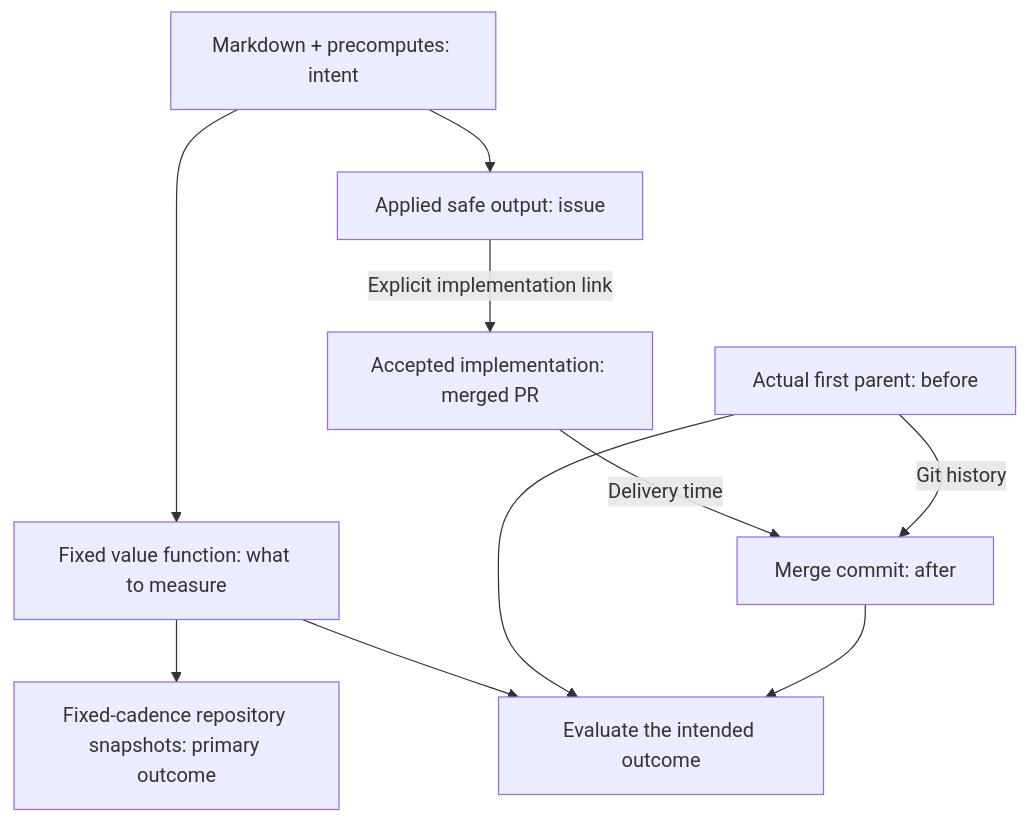
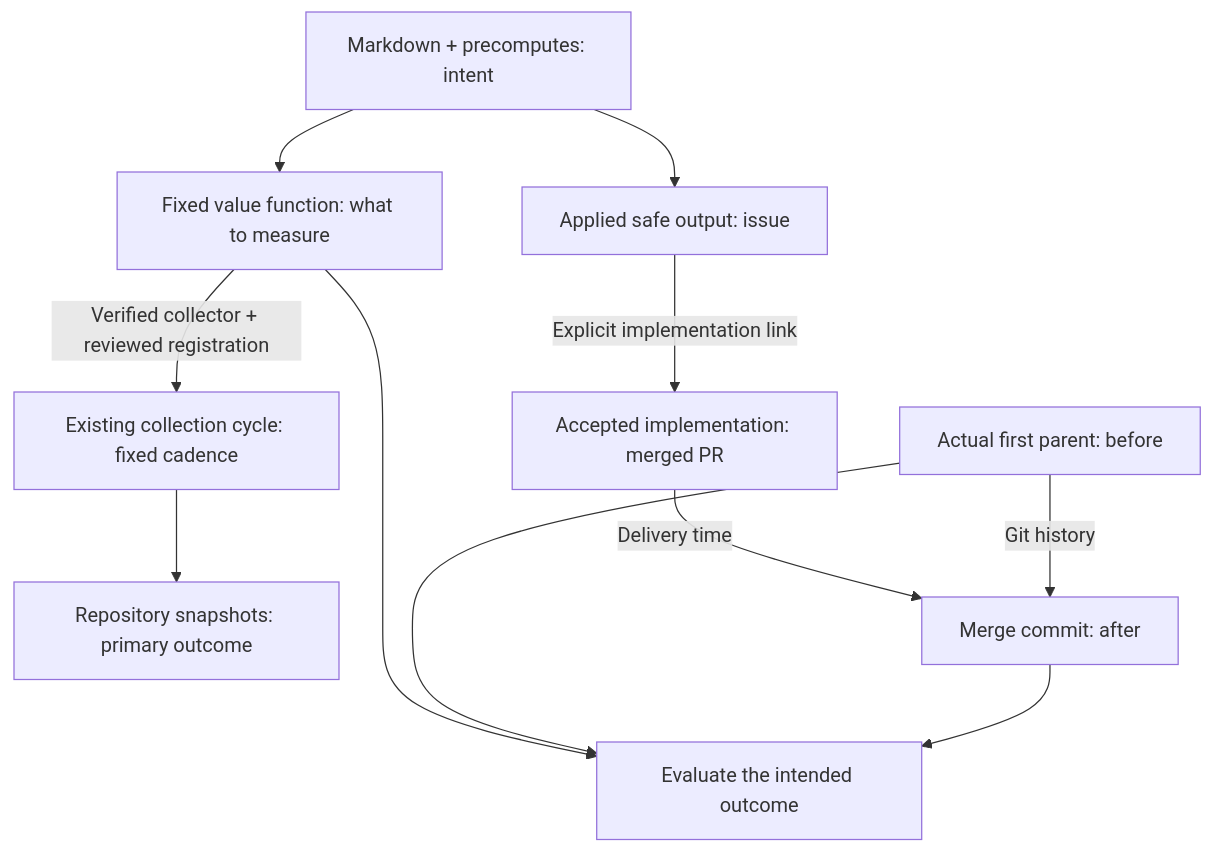
One commit to githubnext/gh-aw-cao changed the diagram in docs/operational-value-how-to.md. Above: the diagram before and after it, drawn with Mermaid. The commit also changed other lines of this file and 72 other files, not shown here.

````diff
--- a/docs/operational-value-how-to.md
+++ b/docs/operational-value-how-to.md
@@ -34,14 +34,15 @@
 ```mermaid
 flowchart TD
   accTitle: Track repository state regularly and measure linked contributions at acceptance
   accDescr: Markdown intent defines a fixed value function. Repository snapshots track the problem at a fixed cadence regardless of delivery. Applied output is linked to an accepted implementation whose merge locates before and after Git revisions for a separate contribution measurement.
   G["Markdown + precomputes: intent"] --> V["Fixed value function: what to measure"]
-  V --> S["Fixed-cadence repository snapshots: primary outcome"]
+  V -->|"Verified collector + reviewed registration"| C["Existing collection cycle: fixed cadence"]
+  C --> S["Repository snapshots: primary outcome"]
   G --> O["Applied safe output: issue"]
   O -->|"Explicit implementation link"| A["Accepted implementation: merged PR"]
   A -->|"Delivery time"| M["Merge commit: after"]
   P["Actual first parent: before"] -->|"Git history"| M
   V --> D["Evaluate the intended outcome"]
   P --> D
   M --> D
 ```
````
